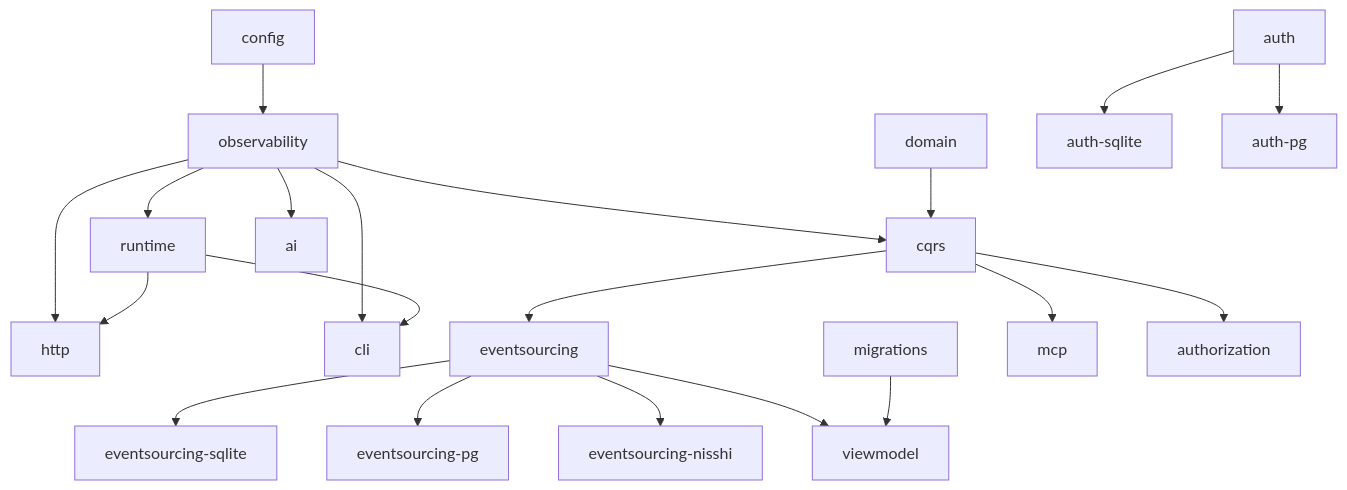
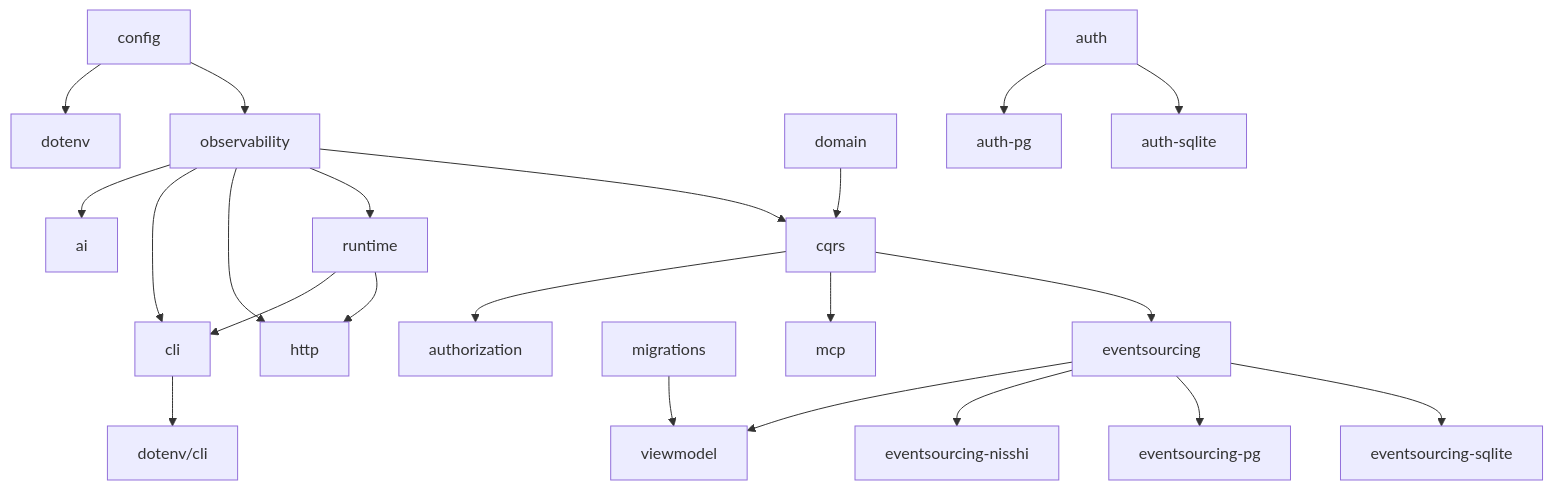
One commit to Ligerian-labs/structure changed the second of 2 diagrams in docs/architecture.md. Above: the diagram before and after it, drawn with Mermaid. The commit also changed other lines of this file and 27 other files, not shown here.

Commit message:
feat(dotenv): first-class .env package with cascade, expansion, checks, edits and CLI group (#56)

````diff
--- a/docs/architecture.md
+++ b/docs/architecture.md
@@ -34,13 +34,15 @@
 ```mermaid
 flowchart TD
     config --> observability
+    config --> dotenv
+    cli --> dotenvcli[dotenv/cli]
     observability --> cqrs & runtime & http & cli & ai
     domain --> cqrs --> eventsourcing
     eventsourcing --> essqlite[eventsourcing-sqlite] & espg[eventsourcing-pg] & esnisshi[eventsourcing-nisshi]
     eventsourcing --> viewmodel
     migrations --> viewmodel
     runtime --> http & cli
     cqrs --> mcp
     auth --> authsqlite[auth-sqlite] & authpg[auth-pg]
     cqrs --> authorization
 ```
````
